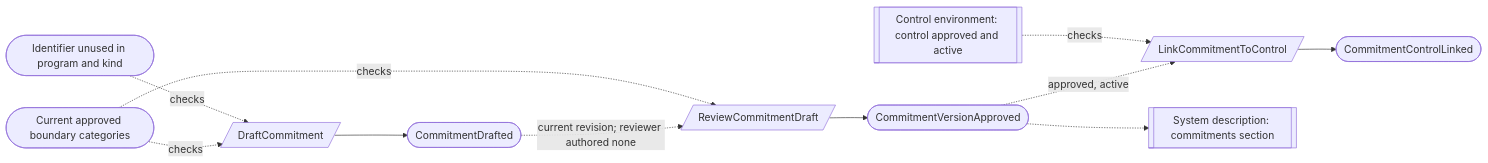
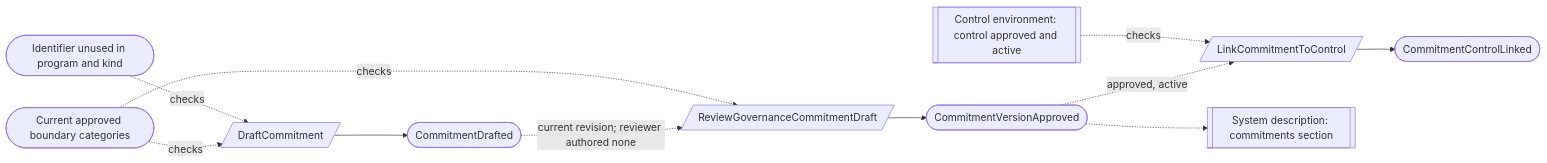
One commit to bdgrz/compliance-core changed the second of 3 diagrams in docs/proposed/contexts/commitments.md. Above: the diagram before and after it, drawn with Mermaid. The commit also changed other lines of this file and 1812 other files, not shown here.

````diff
--- a/docs/proposed/contexts/commitments.md
+++ b/docs/proposed/contexts/commitments.md
@@ -133,13 +157,13 @@
 ```mermaid
 flowchart LR
     B([Current approved boundary categories]) -. checks .-> C1
     U([Identifier unused in program and kind]) -. checks .-> C1
     C1[/DraftCommitment/] --> E1([CommitmentDrafted])
-    E1 -. "current revision; reviewer authored none" .-> C2[/ReviewCommitmentDraft/]
+    E1 -. "current revision; reviewer authored none" .-> C2[/ReviewGovernanceCommitmentDraft/]
     B -. checks .-> C2
     C2 --> E2([CommitmentVersionApproved])
     E2 -. "approved, active" .-> C3[/LinkCommitmentToControl/]
     K[[Control environment: control approved and active]] -. checks .-> C3
     C3 --> E3([CommitmentControlLinked])
     E2 -.-> X1[[System description: commitments section]]
 ```
````
